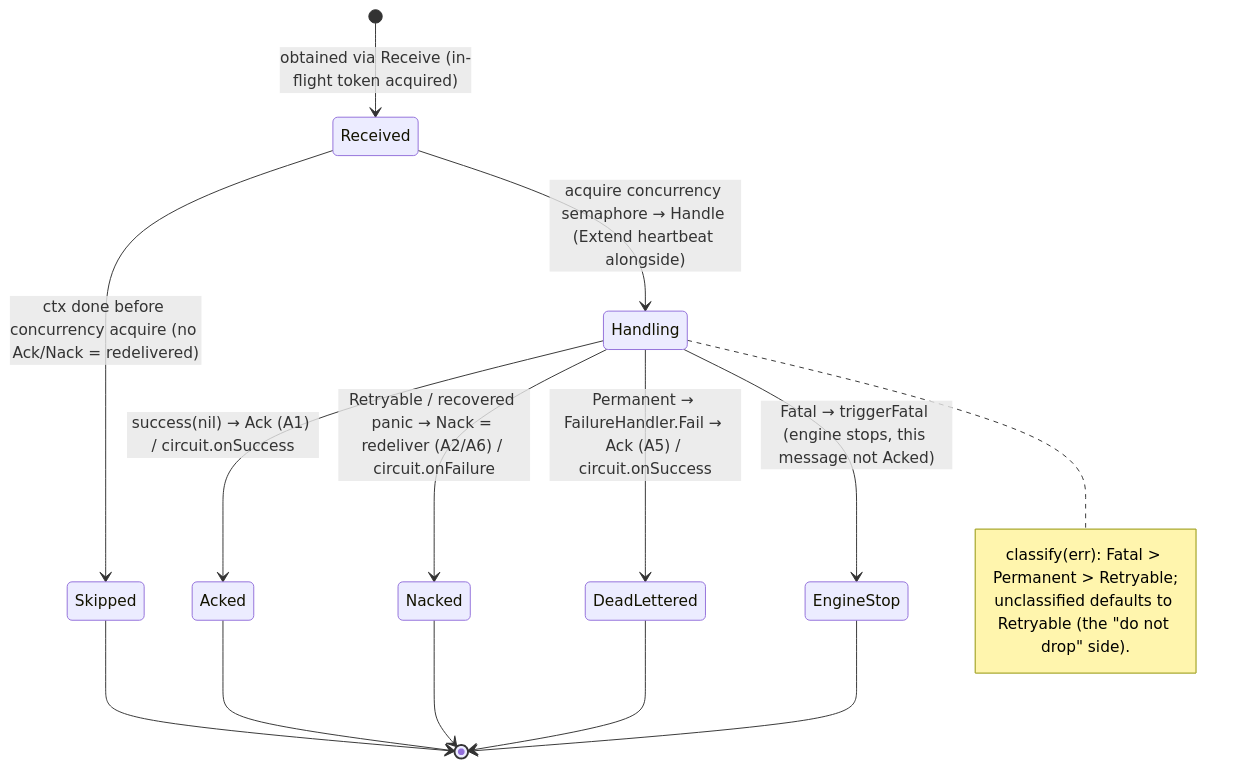
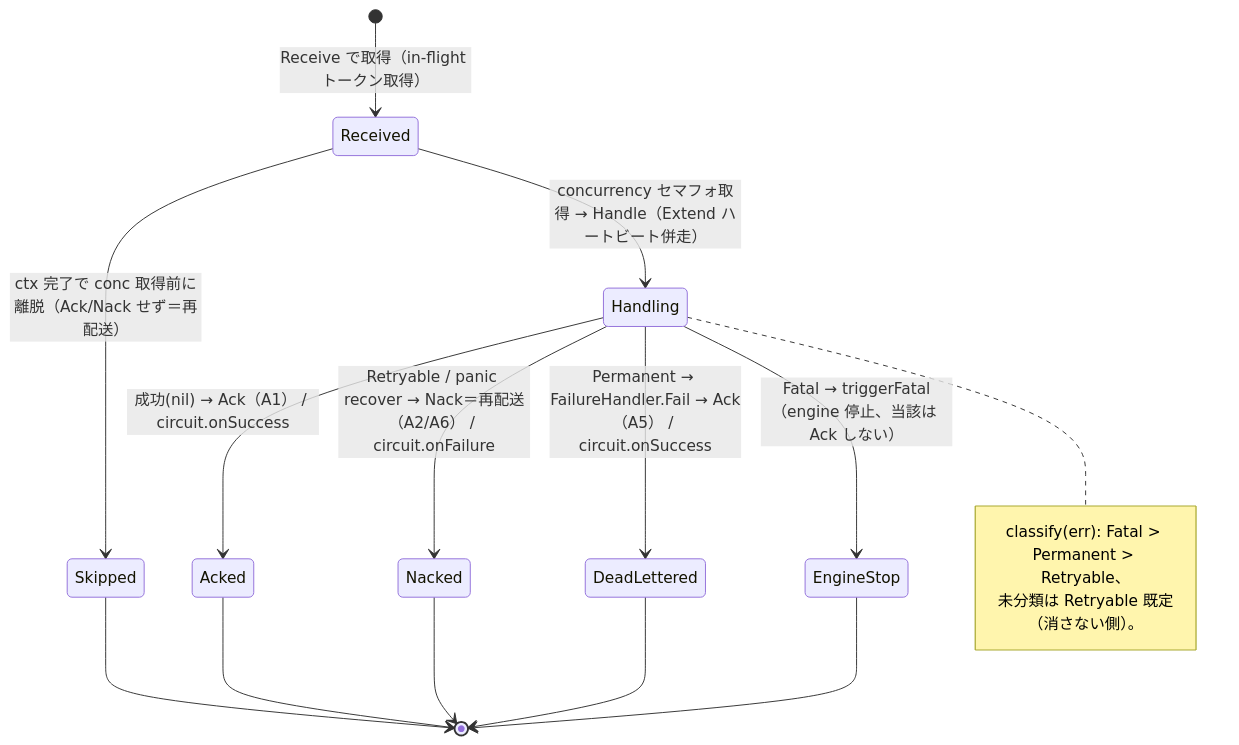
One commit to Tomy-ch/go-boilerplate changed the third of 6 diagrams in docs/design/worker.md. Above: the diagram before and after it, drawn with Mermaid. The commit also changed other lines of this file and 970 other files, not shown here.

````diff
--- a/docs/design/worker.md
+++ b/docs/design/worker.md
@@ -74,20 +74,20 @@
 ```mermaid
 stateDiagram-v2
-    [*] --> Received: obtained via Receive (in-flight token acquired)
-    Received --> Skipped: ctx done before concurrency acquire (no Ack/Nack = redelivered)
-    Received --> Handling: acquire concurrency semaphore → Handle (Extend heartbeat alongside)
-    Handling --> Acked: success(nil) → Ack (A1) / circuit.onSuccess
-    Handling --> Nacked: Retryable / recovered panic → Nack = redeliver (A2/A6) / circuit.onFailure
-    Handling --> DeadLettered: Permanent → FailureHandler.Fail → Ack (A5) / circuit.onSuccess
-    Handling --> EngineStop: Fatal → triggerFatal (engine stops, this message not Acked)
+    [*] --> Received: Receive で取得（in-flight トークン取得）
+    Received --> Skipped: ctx 完了で conc 取得前に離脱（Ack/Nack せず＝再配送）
+    Received --> Handling: concurrency セマフォ取得 → Handle（Extend ハートビート併走）
+    Handling --> Acked: 成功(nil) → Ack（A1） / circuit.onSuccess
+    Handling --> Nacked: Retryable / panic recover → Nack＝再配送（A2/A6） / circuit.onFailure
+    Handling --> DeadLettered: Permanent → FailureHandler.Fail → Ack（A5） / circuit.onSuccess
+    Handling --> EngineStop: Fatal → triggerFatal（engine 停止、当該は Ack しない）
     Acked --> [*]
     Nacked --> [*]
     DeadLettered --> [*]
     Skipped --> [*]
     EngineStop --> [*]
 
     note right of Handling
-      classify(err): Fatal > Permanent > Retryable;
-      unclassified defaults to Retryable (the "do not drop" side).
+      classify(err): Fatal > Permanent > Retryable、
+      未分類は Retryable 既定（消さない側）。
     end note
 ```
````
